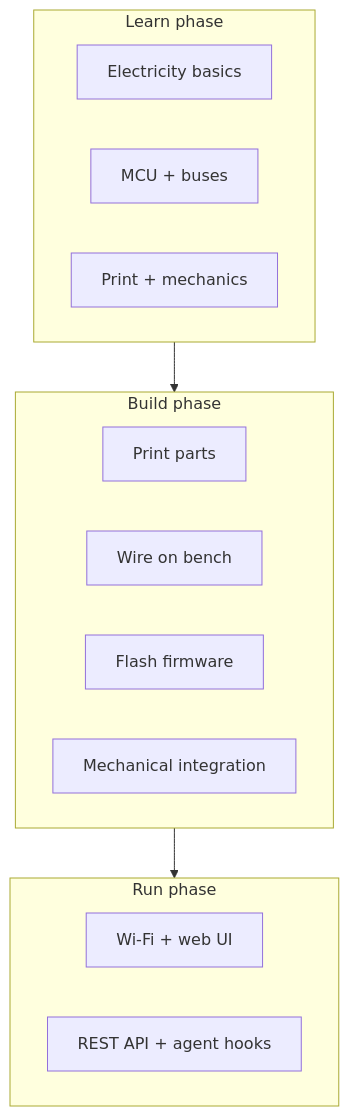
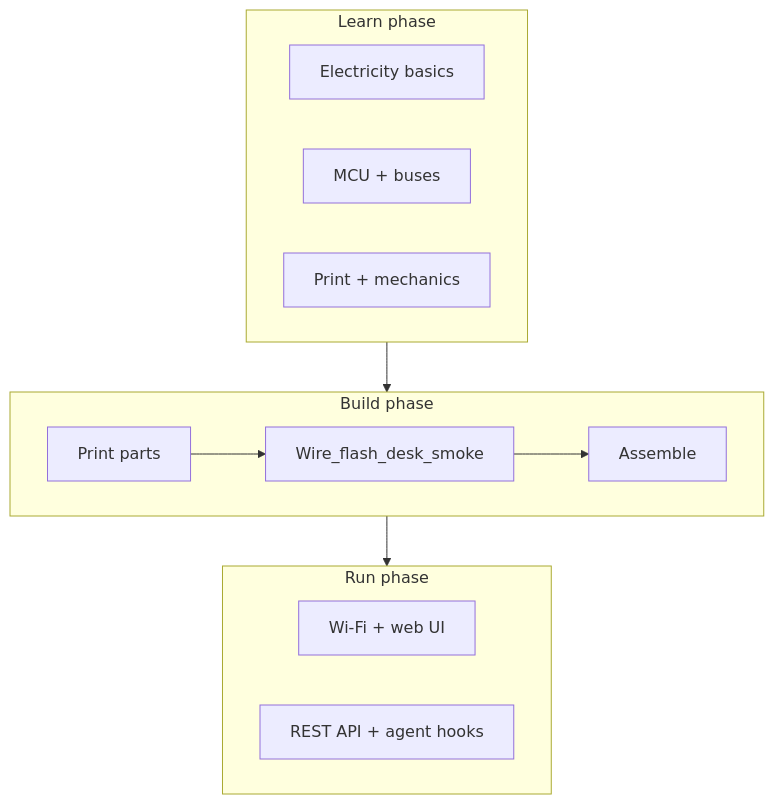
One commit to jamro/tiny-engineer changed the first of 2 diagrams in docs/hardware-for-software-engineers/09-how-it-all-fits-together.md. Above: the diagram before and after it, drawn with Mermaid. The commit also changed other lines of this file and 29 other files, not shown here.

````diff
--- a/docs/hardware-for-software-engineers/09-how-it-all-fits-together.md
+++ b/docs/hardware-for-software-engineers/09-how-it-all-fits-together.md
@@ -11,22 +11,22 @@
 ```mermaid
 flowchart TB
   subgraph learn [Learn phase]
     A[Electricity basics]
     B[MCU + buses]
     C[Print + mechanics]
   end
 
   subgraph build [Build phase]
     D[Print parts]
-    E[Wire on bench]
-    F[Flash firmware]
-    G[Mechanical integration]
+    E[Wire_flash_desk_smoke]
+    F[Assemble]
   end
 
   subgraph run [Run phase]
     H[Wi-Fi + web UI]
     I[REST API + agent hooks]
   end
 
   learn --> build --> run
+  D --> E --> F
 ```
````
